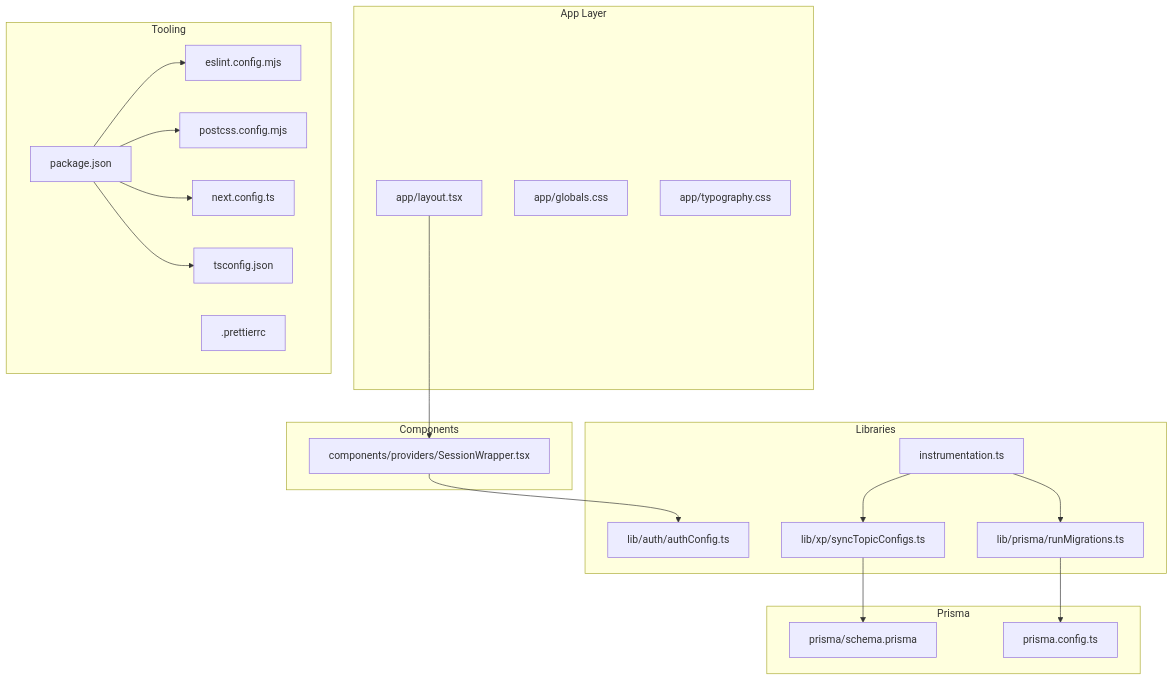
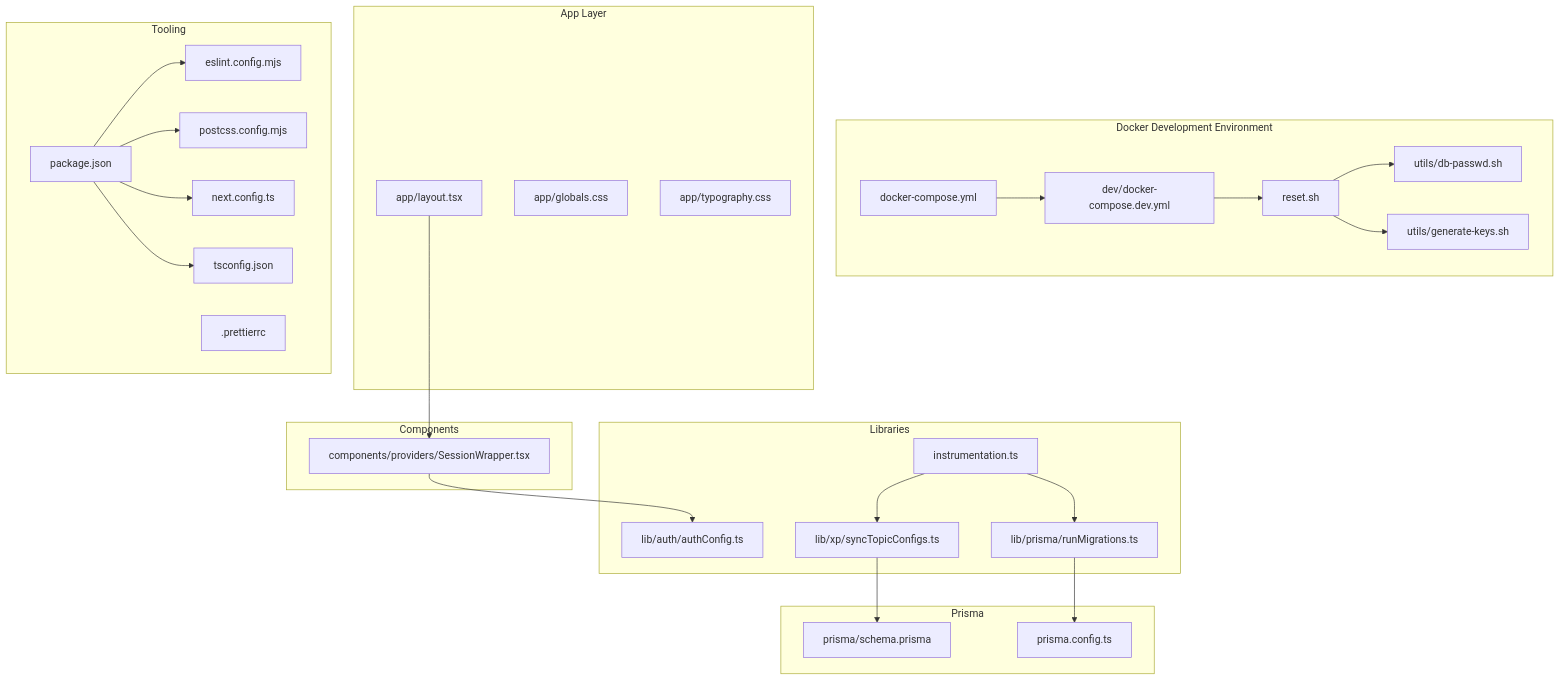
Before and after one commit to AlexKutz/math-app-next-js: the first of 6 diagrams in .qoder/repowiki/en/content/Development Guide.md, drawn with Mermaid. The commit also changed other lines of this file and 9 other files, not shown here.

````diff
--- a/.qoder/repowiki/en/content/Development Guide.md
+++ b/.qoder/repowiki/en/content/Development Guide.md
@@ -42,39 +65,50 @@
 ```mermaid
 graph TB
+subgraph "Docker Development Environment"
+COMPOSE["docker-compose.yml"]
+DEV_COMPOSE["dev/docker-compose.dev.yml"]
+RESET_SCRIPT["reset.sh"]
+DB_PASSWD["utils/db-passwd.sh"]
+GEN_KEYS["utils/generate-keys.sh"]
+end
 subgraph "App Layer"
 LAYOUT["app/layout.tsx"]
 GLOBALS["app/globals.css"]
 TYPOGRAPHY["app/typography.css"]
 end
 subgraph "Components"
 SESSION_WRAPPER["components/providers/SessionWrapper.tsx"]
 end
 subgraph "Libraries"
 AUTH_CONFIG["lib/auth/authConfig.ts"]
 RUN_MIGRATIONS["lib/prisma/runMigrations.ts"]
 SYNC_TOPIC["lib/xp/syncTopicConfigs.ts"]
 INSTRUMENTATION["instrumentation.ts"]
 end
 subgraph "Prisma"
 SCHEMA["prisma/schema.prisma"]
 PRISMA_CONFIG["prisma.config.ts"]
 end
 subgraph "Tooling"
 PKG["package.json"]
 TSCONFIG["tsconfig.json"]
 ESLINT["eslint.config.mjs"]
 POSTCSS["postcss.config.mjs"]
 NEXTCONF["next.config.ts"]
 PRETTIER[".prettierrc"]
 end
+COMPOSE --> DEV_COMPOSE
+DEV_COMPOSE --> RESET_SCRIPT
+RESET_SCRIPT --> DB_PASSWD
+RESET_SCRIPT --> GEN_KEYS
 LAYOUT --> SESSION_WRAPPER
 SESSION_WRAPPER --> AUTH_CONFIG
 INSTRUMENTATION --> RUN_MIGRATIONS
 INSTRUMENTATION --> SYNC_TOPIC
 RUN_MIGRATIONS --> PRISMA_CONFIG
 SYNC_TOPIC --> SCHEMA
 PKG --> ESLINT
 PKG --> POSTCSS
 PKG --> NEXTCONF
 PKG --> TSCONFIG
 ```
````
